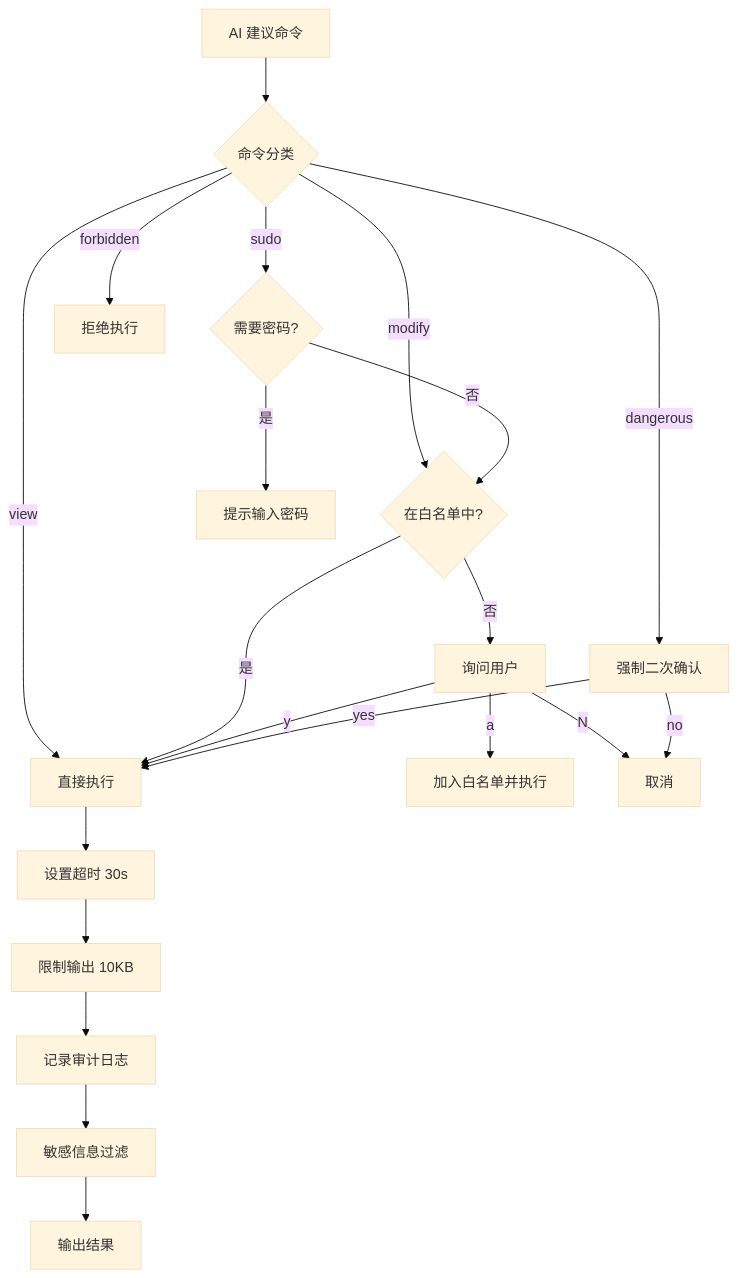
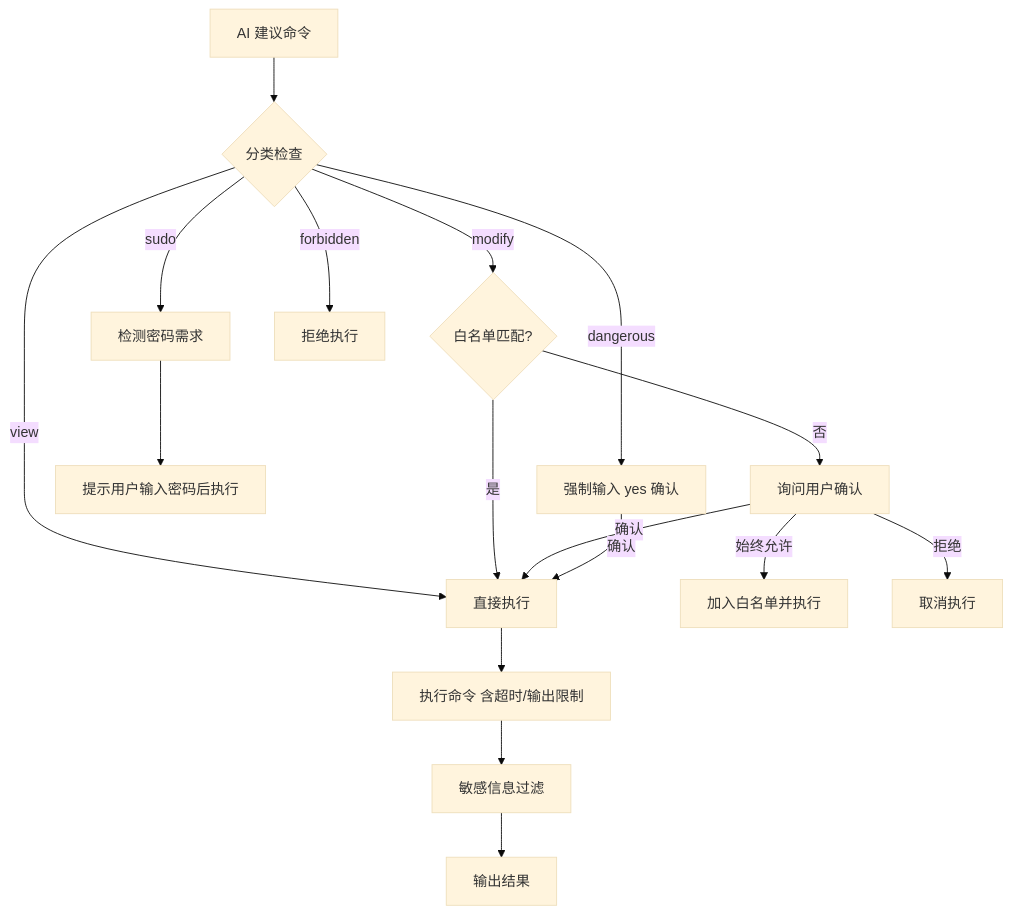
The seventh of 9 diagrams in docs/plan.md (LingNc/aicli), drawn with Mermaid (base theme) before and after one commit. The commit also changed other lines of this file, not shown here.

````diff
--- a/docs/plan.md
+++ b/docs/plan.md
@@ -571,24 +651,19 @@
 ```mermaid
 flowchart TD
-    A["AI 建议命令"] --> B{命令分类}
+    A[AI 建议命令] --> B{分类检查}
     B -->|view| C[直接执行]
-    B -->|modify| D{在白名单中?}
+    B -->|modify| D{白名单匹配?}
     D -->|是| C
-    D -->|否| E[询问用户]
-    E -->|y| C
-    E -->|a| F[加入白名单并执行]
-    E -->|N| G[取消]
-    B -->|sudo| H{需要密码?}
-    H -->|是| I[提示输入密码]
-    H -->|否| D
-    B -->|dangerous| J[强制二次确认]
-    J -->|yes| C
-    J -->|no| G
+    D -->|否| E[询问用户确认]
+    E -->|确认| C
+    E -->|始终允许| F[加入白名单并执行]
+    E -->|拒绝| G[取消执行]
+    B -->|sudo| H[检测密码需求]
+    H --> I[提示用户输入密码后执行]
+    B -->|dangerous| J[强制输入 yes 确认]
+    J -->|确认| C
     B -->|forbidden| K[拒绝执行]
-
-    C --> L[设置超时 30s]
-    L --> M[限制输出 10KB]
-    M --> N[记录审计日志]
-    N --> O[敏感信息过滤]
-    O --> P[输出结果]
+    C --> L[执行命令 含超时/输出限制]
+    L --> M[敏感信息过滤]
+    M --> N[输出结果]
 ```
````
